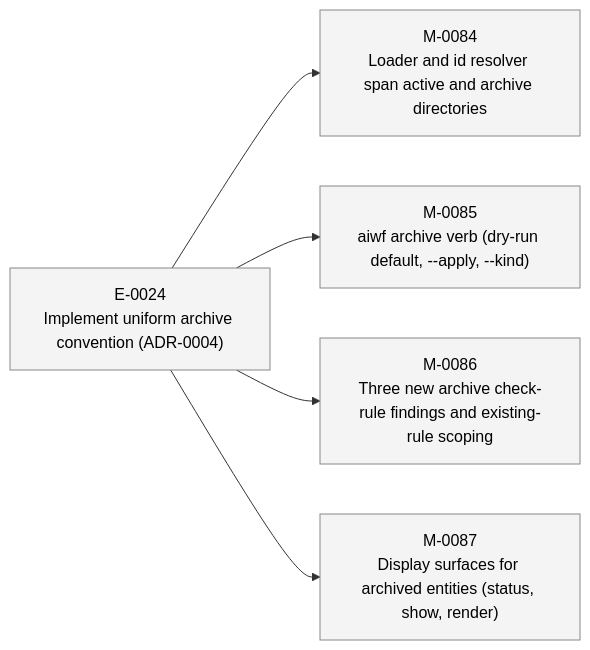
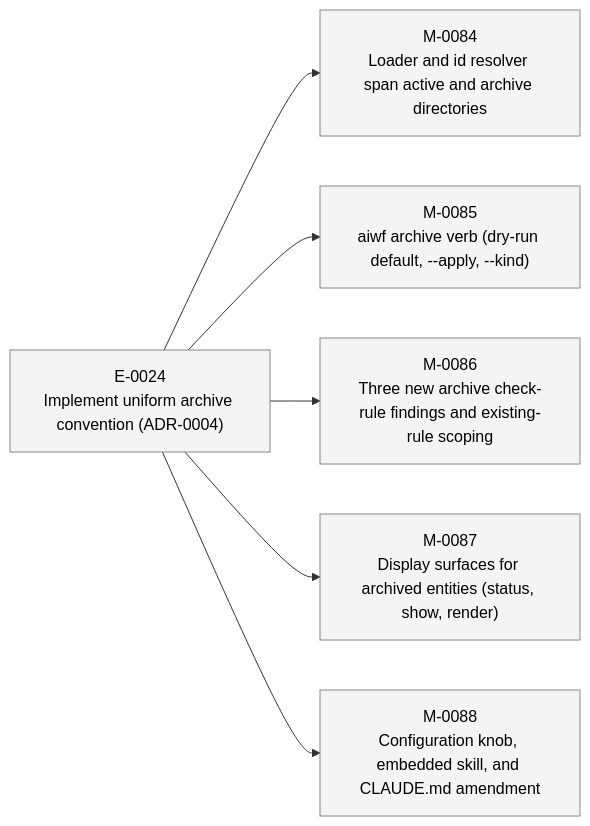
Before and after one commit to 23min/aiwf: the second of 2 diagrams in STATUS.md, drawn with Mermaid. The commit also changed other lines of this file and 1 other file, not shown here.

First line of the commit message:
aiwf add milestone M-0088 "Configuration knob, embedded skill, and CLAUDE.md amendment"

````diff
--- a/STATUS.md
+++ b/STATUS.md
@@ -48,18 +49,20 @@
 ```mermaid
 flowchart LR
   E_0024["E-0024<br/>Implement uniform archive convention (ADR-0004)"]:::epic_proposed
   M_0084["M-0084<br/>Loader and id resolver span active and archive directories"]:::ms_draft
   E_0024 --> M_0084
   M_0085["M-0085<br/>aiwf archive verb (dry-run default, --apply, --kind)"]:::ms_draft
   E_0024 --> M_0085
   M_0086["M-0086<br/>Three new archive check-rule findings and existing-rule scoping"]:::ms_draft
   E_0024 --> M_0086
   M_0087["M-0087<br/>Display surfaces for archived entities (status, show, render)"]:::ms_draft
   E_0024 --> M_0087
+  M_0088["M-0088<br/>Configuration knob, embedded skill, and CLAUDE.md amendment"]:::ms_draft
+  E_0024 --> M_0088
   classDef epic_active fill:#d6eaff,stroke:#1a73e8,color:#000
   classDef epic_proposed fill:#f4f4f4,stroke:#888,color:#000
   classDef ms_done fill:#d8f5d8,stroke:#2a8a2a,color:#000
   classDef ms_in_progress fill:#fff3c4,stroke:#caa400,color:#000
   classDef ms_draft fill:#f4f4f4,stroke:#888,color:#000
   classDef ms_cancelled fill:#fbeaea,stroke:#c33,color:#000
 ```
````
